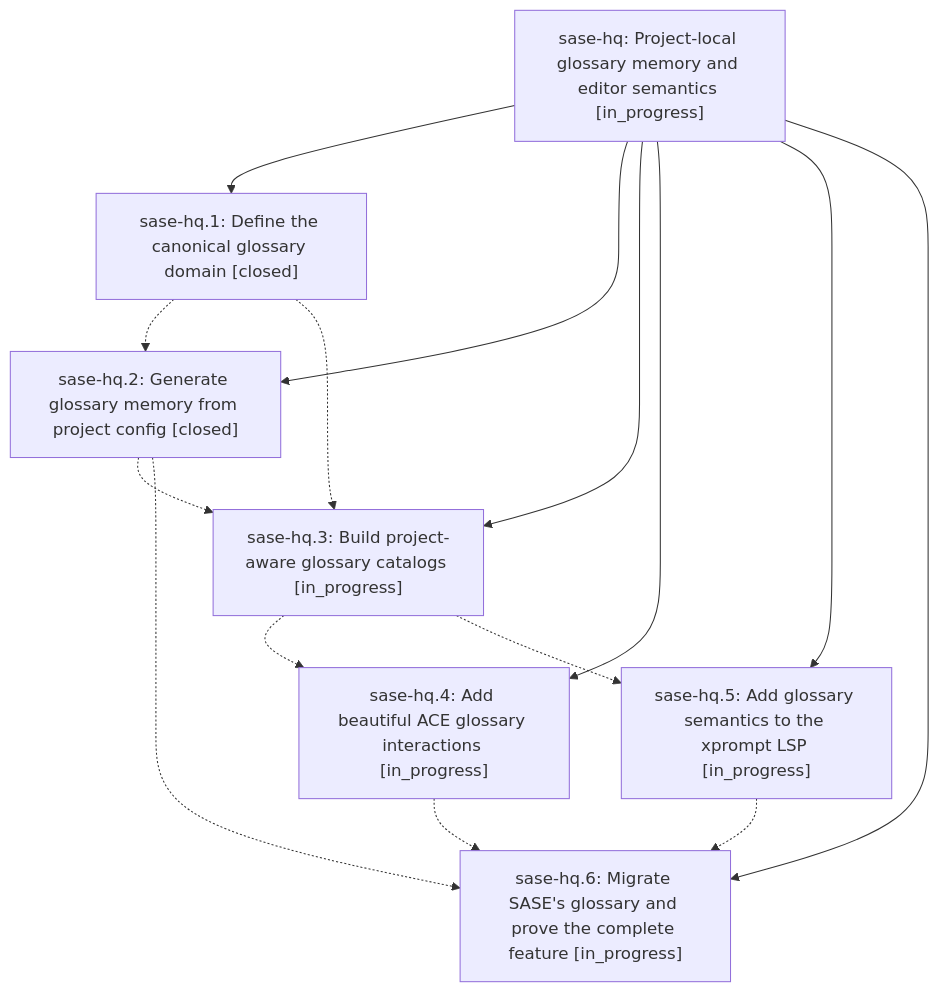
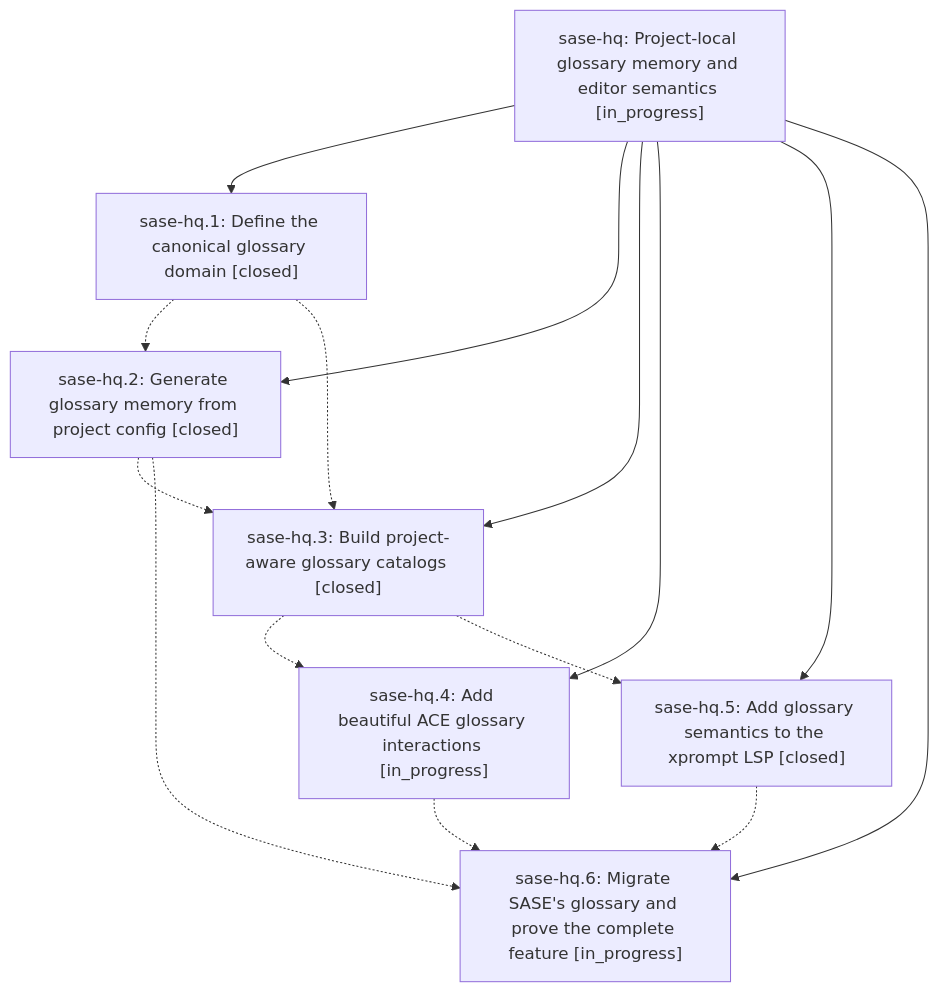
One commit to sase-org/sase--beads changed the diagram in pages/sase-hq/README.md. Above: the diagram before and after it, drawn with Mermaid. The commit also changed other lines of this file and 6 other files, not shown here.

````diff
--- a/pages/sase-hq/README.md
+++ b/pages/sase-hq/README.md
@@ -27,24 +33,24 @@
 ```mermaid
 flowchart TD
     n0["sase-hq: Project-local glossary memory and editor semantics [in_progress]"]
     n1["sase-hq.1: Define the canonical glossary domain [closed]"]
     n2["sase-hq.2: Generate glossary memory from project config [closed]"]
-    n3["sase-hq.3: Build project-aware glossary catalogs [in_progress]"]
+    n3["sase-hq.3: Build project-aware glossary catalogs [closed]"]
     n4["sase-hq.4: Add beautiful ACE glossary interactions [in_progress]"]
-    n5["sase-hq.5: Add glossary semantics to the xprompt LSP [in_progress]"]
+    n5["sase-hq.5: Add glossary semantics to the xprompt LSP [closed]"]
     n6["sase-hq.6: Migrate SASE's glossary and prove the complete feature [in_progress]"]
     n0 --> n1
     n0 --> n2
     n0 --> n3
     n0 --> n4
     n0 --> n5
     n0 --> n6
     n1 -.-> n2
     n1 -.-> n3
     n2 -.-> n3
     n2 -.-> n6
     n3 -.-> n4
     n3 -.-> n5
     n4 -.-> n6
     n5 -.-> n6
 ```
````
